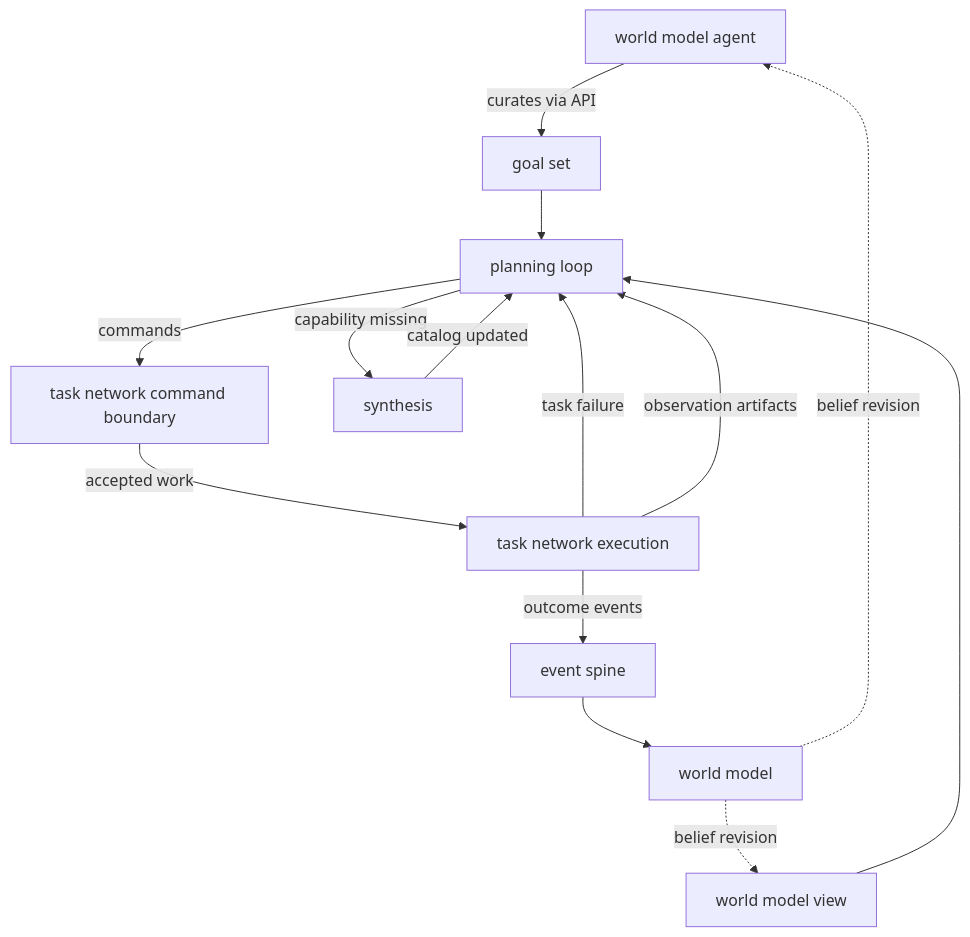
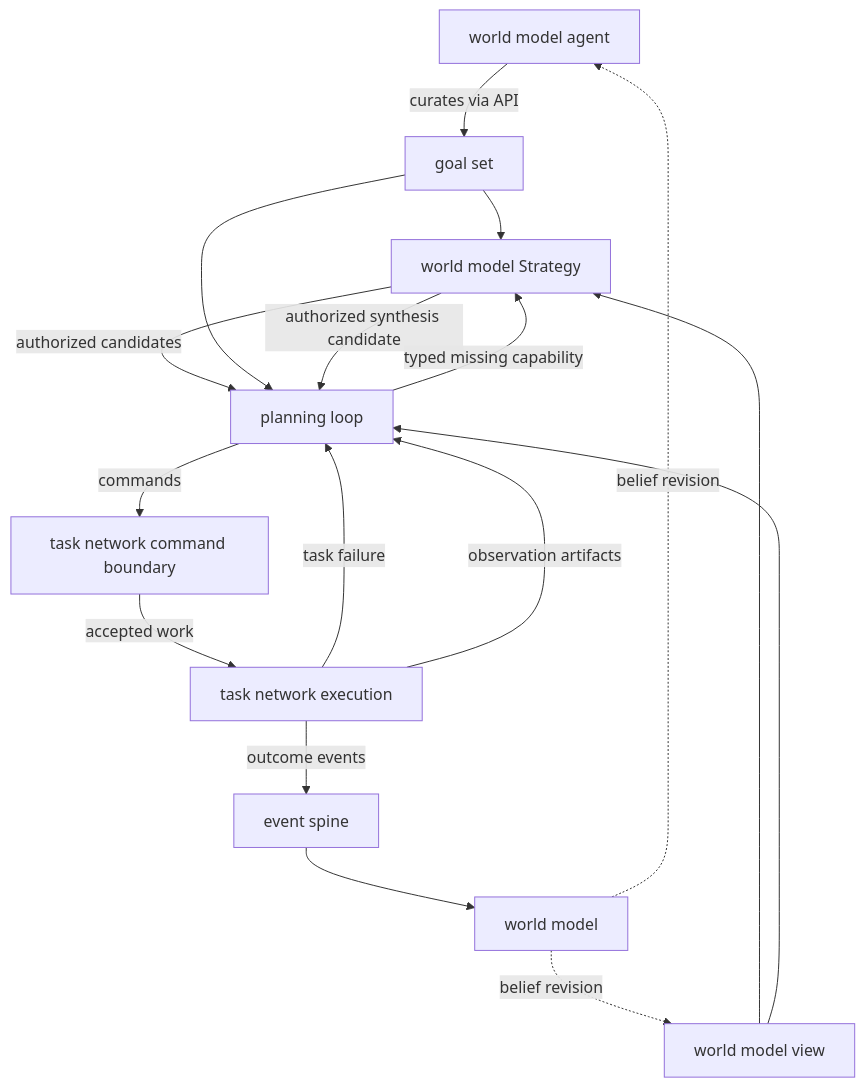
Before and after one commit to JerkyTreats/meld: the diagram in design/cognitive_architecture/execution/planning/planning_pipeline.md, drawn with Mermaid. The commit also changed other lines of this file and 34 other files, not shown here.

Commit message:
design(strategy): define world-model strategy architecture

````diff
--- a/design/cognitive_architecture/execution/planning/planning_pipeline.md
+++ b/design/cognitive_architecture/execution/planning/planning_pipeline.md
@@ -31,18 +31,21 @@
 ```mermaid
 flowchart TD
     AG[world model agent] -->|curates via API| GS[goal set]
-    WMV[world model view] --> PL[planning loop]
+    GS --> ST[world model Strategy]
+    WMV[world model view] --> ST
+    ST -->|authorized candidates| PL[planning loop]
+    WMV --> PL
     GS --> PL
     PL -->|commands| TN[task network command boundary]
     TN -->|accepted work| TE[task network execution]
     TE -->|outcome events| SP[event spine]
     SP --> WM[world model]
     WM -.->|belief revision| WMV
     WM -.->|belief revision| AG
 
     TE -->|task failure| PL
     TE -->|observation artifacts| PL
 
-    PL -->|capability missing| SY[synthesis]
-    SY -->|catalog updated| PL
+    PL -->|typed missing capability| ST
+    ST -->|authorized synthesis candidate| PL
 ```
````
